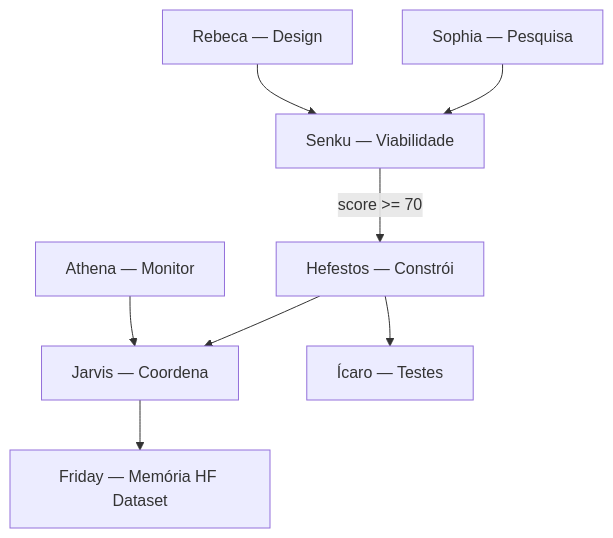
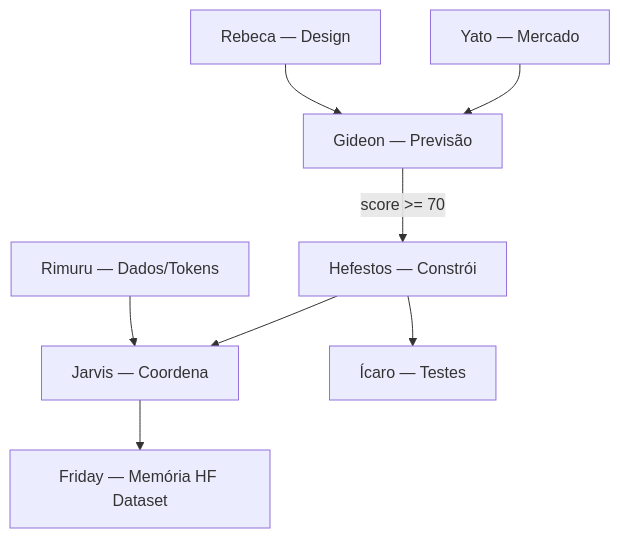
One commit to Aldebaran-LW/Agente_F.R.I.D.A.Y changed the diagram in docs/ARQUITETURA-INOVACAO.md. Above: the diagram before and after it, drawn with Mermaid. The commit also changed other lines of this file and 60 other files, not shown here.

````diff
--- a/docs/ARQUITETURA-INOVACAO.md
+++ b/docs/ARQUITETURA-INOVACAO.md
@@ -25,16 +25,16 @@
 ```mermaid
 flowchart TB
-  S[Sophia — Pesquisa]
+  S[Yato — Mercado]
   R[Rebeca — Design]
-  N[Senku — Viabilidade]
+  N[Gideon — Previsão]
   H[Hefestos — Constrói]
   J[Jarvis — Coordena]
   F[Friday — Memória HF Dataset]
   S --> N
   R --> N
   N -->|score >= 70| H
   H --> J
   J --> F
   H --> I[Ícaro — Testes]
-  A[Athena — Monitor] --> J
+  A[Rimuru — Dados/Tokens] --> J
 ```
````
